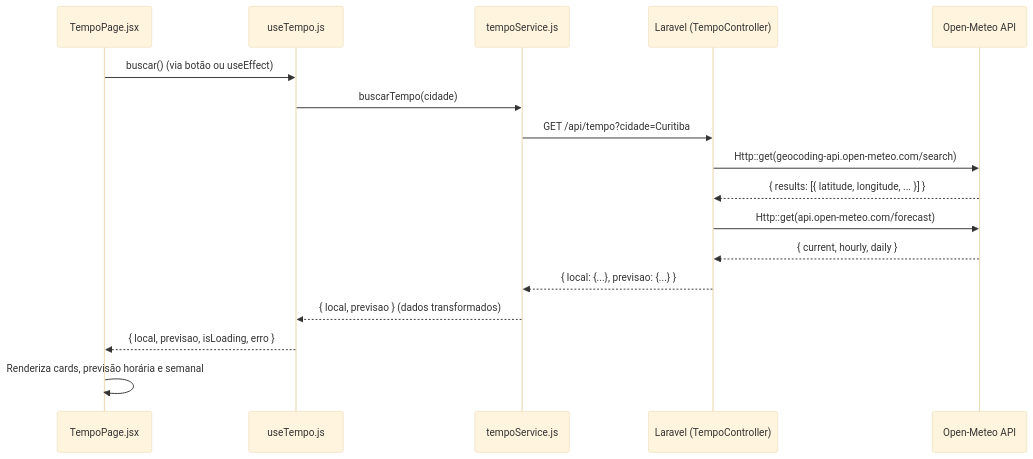
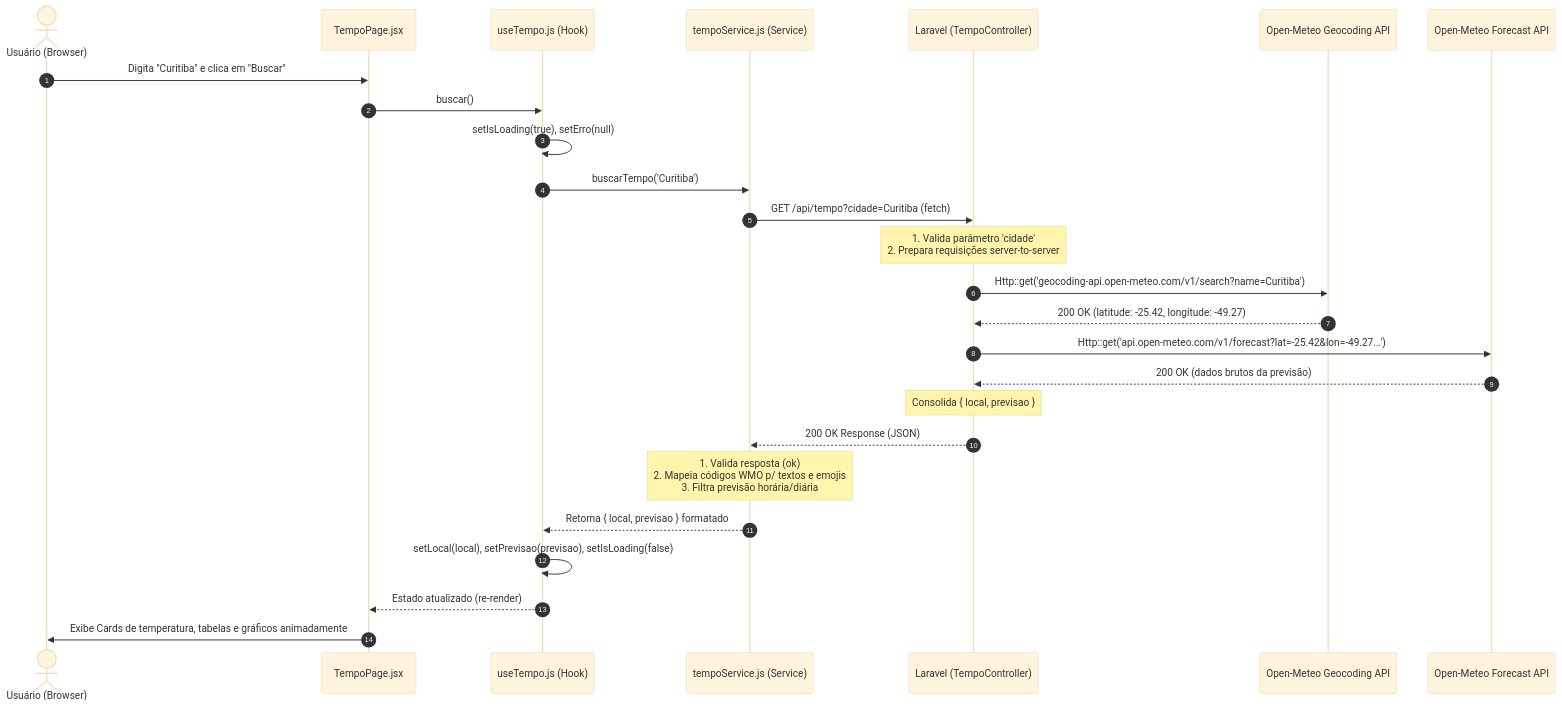
The diagram in docs/modulo-chamadas-api-externas.md (HeversonSoares/Template-REACT-Laravel-12-PMPR), drawn with Mermaid (base theme) before and after one commit. The commit also changed other lines of this file, not shown here.

Commit message:
docs: detalha fluxo arquitetural completo de chamadas externas via BFF

````diff
--- a/docs/modulo-chamadas-api-externas.md
+++ b/docs/modulo-chamadas-api-externas.md
@@ -43,20 +64,36 @@
 ```mermaid
 sequenceDiagram
-    participant UI as TempoPage.jsx
-    participant Hook as useTempo.js
-    participant Service as tempoService.js
+    autonumber
+    actor User as Usuário (Browser)
+    participant Page as TempoPage.jsx
+    participant Hook as useTempo.js (Hook)
+    participant Service as tempoService.js (Service)
     participant BFF as Laravel (TempoController)
-    participant API as Open-Meteo API
+    participant GeoAPI as Open-Meteo Geocoding API
+    participant WeatherAPI as Open-Meteo Forecast API
 
-    UI->>Hook: buscar() (via botão ou useEffect)
-    Hook->>Service: buscarTempo(cidade)
-    Service->>BFF: GET /api/tempo?cidade=Curitiba
-    BFF->>API: Http::get(geocoding-api.open-meteo.com/search)
-    API-->>BFF: { results: [{ latitude, longitude, ... }] }
-    BFF->>API: Http::get(api.open-meteo.com/forecast)
-    API-->>BFF: { current, hourly, daily }
-    BFF-->>Service: { local: {...}, previsao: {...} }
-    Service-->>Hook: { local, previsao } (dados transformados)
-    Hook-->>UI: { local, previsao, isLoading, erro }
-    UI->>UI: Renderiza cards, previsão horária e semanal
+    User->>Page: Digita "Curitiba" e clica em "Buscar"
+    Page->>Hook: buscar()
+    Hook->>Hook: setIsLoading(true), setErro(null)
+    Hook->>Service: buscarTempo('Curitiba')
+    Service->>BFF: GET /api/tempo?cidade=Curitiba (fetch)
+    
+    note over BFF: 1. Valida parâmetro 'cidade'<br/>2. Prepara requisições server-to-server
+    
+    BFF->>GeoAPI: Http::get('geocoding-api.open-meteo.com/v1/search?name=Curitiba')
+    GeoAPI-->>BFF: 200 OK (latitude: -25.42, longitude: -49.27)
+    
+    BFF->>WeatherAPI: Http::get('api.open-meteo.com/v1/forecast?lat=-25.42&lon=-49.27...')
+    WeatherAPI-->>BFF: 200 OK (dados brutos da previsão)
+    
+    note over BFF: Consolida { local, previsao }
+    
+    BFF-->>Service: 200 OK Response (JSON)
+    
+    note over Service: 1. Valida resposta (ok)<br/>2. Mapeia códigos WMO p/ textos e emojis<br/>3. Filtra previsão horária/diária
+    
+    Service-->>Hook: Retorna { local, previsao } formatado
+    Hook->>Hook: setLocal(local), setPrevisao(previsao), setIsLoading(false)
+    Hook-->>Page: Estado atualizado (re-render)
+    Page->>User: Exibe Cards de temperatura, tabelas e gráficos animadamente
 ```
````
